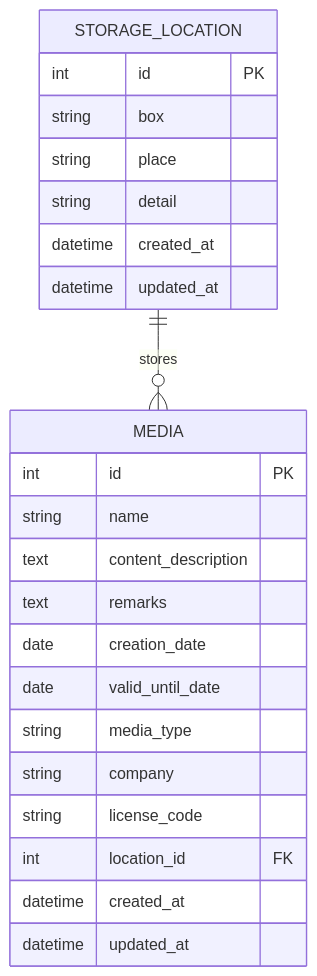
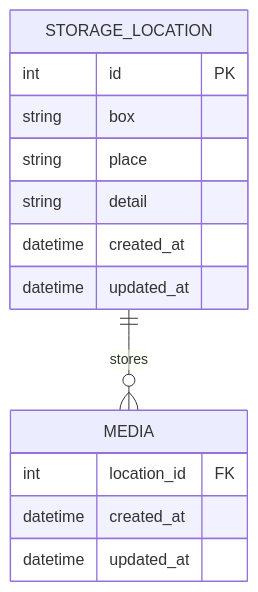
One commit to molodeztom/MediaArchive changed the diagram in docs/DATA_MODEL.md. Above: the diagram before and after it, drawn with Mermaid. The commit also changed 11 other files, not shown here.

````diff
--- a/docs/DATA_MODEL.md
+++ b/docs/DATA_MODEL.md
@@ -11,28 +11,20 @@
 ```mermaid
 erDiagram
     STORAGE_LOCATION ||--o{ MEDIA : "stores"
     
     STORAGE_LOCATION {
         int id PK
         string box
         string place
         string detail
         datetime created_at
         datetime updated_at
     }
     
     MEDIA {
-        int id PK
-        string name
-        text content_description
-        text remarks
-        date creation_date
-        date valid_until_date
-        string media_type
-        string company
-        string license_code
+
         int location_id FK
         datetime created_at
         datetime updated_at
     }
 ```
````
